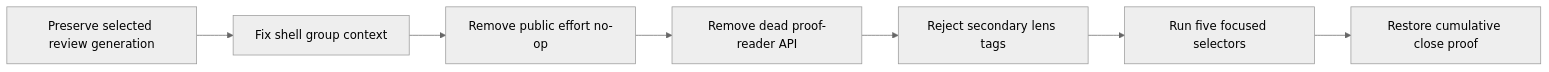
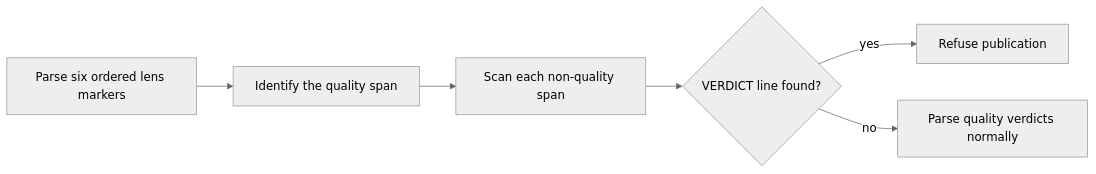
One commit to ismaeldoez7/symphony-forge changed the diagram in .factory/stories/FORGE-COORD-1/task-plans/NATIVE-FOREGROUND-ACTIVATE.md. Above: the diagram before and after it, drawn with Mermaid (neutral theme). The commit also changed other lines of this file and 9 other files, not shown here.

````diff
--- a/.factory/stories/FORGE-COORD-1/task-plans/NATIVE-FOREGROUND-ACTIVATE.md
+++ b/.factory/stories/FORGE-COORD-1/task-plans/NATIVE-FOREGROUND-ACTIVATE.md
@@ -7,9 +7,8 @@
 ```mermaid
 flowchart LR
-    A[Preserve selected review generation] --> B[Fix shell group context]
-    B --> C[Remove public effort no-op]
-    C --> D[Remove dead proof-reader API]
-    D --> E[Reject secondary lens tags]
-    E --> F[Run five focused selectors]
-    F --> G[Restore cumulative close proof]
+    A[Parse six ordered lens markers] --> B[Identify the quality span]
+    B --> C[Scan each non-quality span]
+    C --> D{VERDICT line found?}
+    D -->|yes| E[Refuse publication]
+    D -->|no| F[Parse quality verdicts normally]
 ```
````
